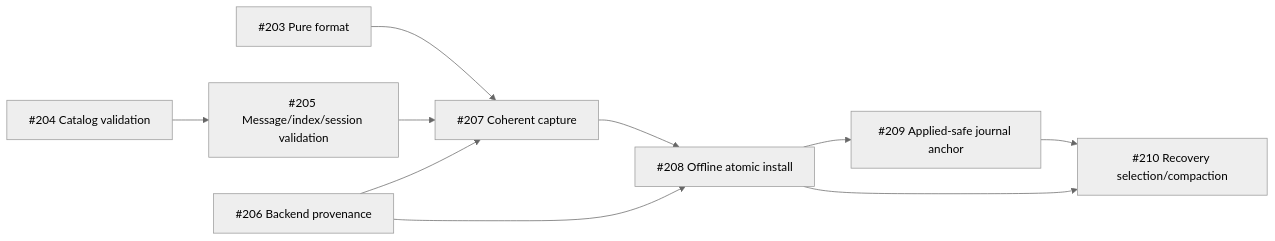
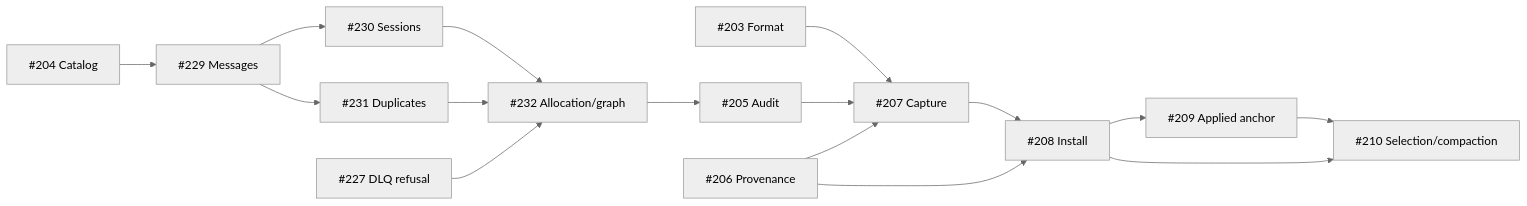
One commit to DeandreT/switchyard changed the second of 2 diagrams in docs/roadmap.md. Above: the diagram before and after it, drawn with Mermaid (neutral theme). The commit also changed other lines of this file, not shown here.

````diff
--- a/docs/roadmap.md
+++ b/docs/roadmap.md
@@ -62,12 +51,13 @@
 ```mermaid
 flowchart LR
-    Format["#203 Pure format"] --> Capture["#207 Coherent capture"]
-    Catalog["#204 Catalog validation"] --> State["#205 Message/index/session validation"]
-    State --> Capture
-    Metadata["#206 Backend provenance"] --> Capture
-    Capture --> Install["#208 Offline atomic install"]
+    Format["#203 Format"] --> Capture["#207 Capture"]
+    Catalog["#204 Catalog"] --> Rows["#229 Messages"] --> Sessions["#230 Sessions"]
+    Rows --> Duplicates["#231 Duplicates"]
+    Sessions --> State["#232 Allocation/graph"]; Duplicates --> State
+    DLQ["#227 DLQ refusal"] --> State
+    State --> Audit["#205 Audit"] --> Capture; Metadata["#206 Provenance"] --> Capture
+    Capture --> Install["#208 Install"]
     Metadata --> Install
-    Install --> Anchor["#209 Applied-safe journal anchor"]
-    Anchor --> Compact["#210 Recovery selection/compaction"]
+    Install --> Anchor["#209 Applied anchor"] --> Compact["#210 Selection/compaction"]
     Install --> Compact
 ```
````
